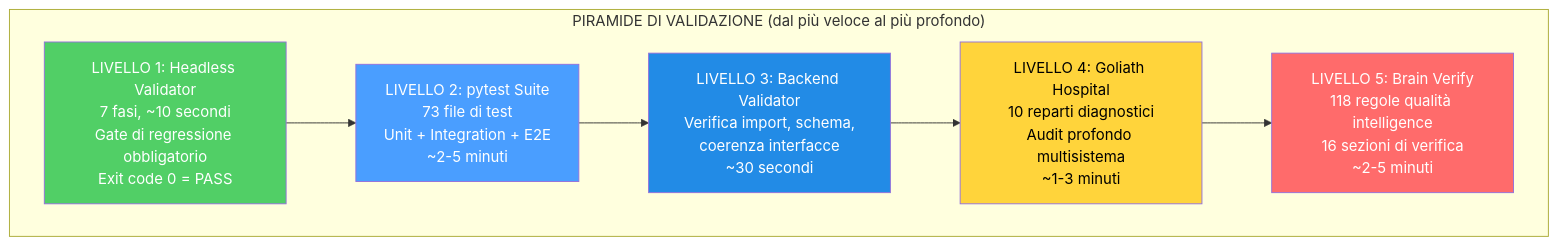
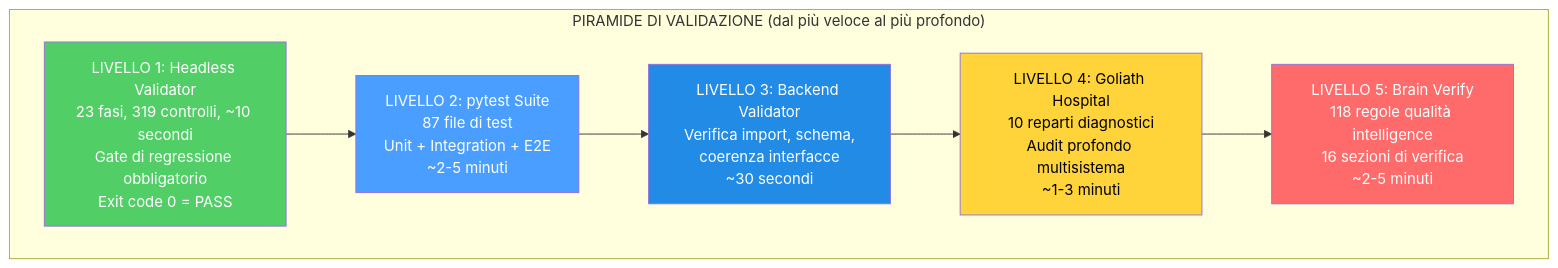
Before and after one commit to renanaugustomacena-ux/Counter-Strike-coach-AI: diagram 40 of 55 in docs/Book-Coach-3.md, drawn with Mermaid. The commit also changed other lines of this file and 115 other files, not shown here.

````diff
--- a/docs/Book-Coach-3.md
+++ b/docs/Book-Coach-3.md
@@ -2103,16 +2103,16 @@
 ```mermaid
 flowchart TB
     subgraph PYRAMID["PIRAMIDE DI VALIDAZIONE (dal più veloce al più profondo)"]
-        L1["LIVELLO 1: Headless Validator<br/>7 fasi, ~10 secondi<br/>Gate di regressione obbligatorio<br/>Exit code 0 = PASS"]
-        L2["LIVELLO 2: pytest Suite<br/>73 file di test<br/>Unit + Integration + E2E<br/>~2-5 minuti"]
+        L1["LIVELLO 1: Headless Validator<br/>23 fasi, 319 controlli, ~10 secondi<br/>Gate di regressione obbligatorio<br/>Exit code 0 = PASS"]
+        L2["LIVELLO 2: pytest Suite<br/>87 file di test<br/>Unit + Integration + E2E<br/>~2-5 minuti"]
         L3["LIVELLO 3: Backend Validator<br/>Verifica import, schema,<br/>coerenza interfacce<br/>~30 secondi"]
         L4["LIVELLO 4: Goliath Hospital<br/>10 reparti diagnostici<br/>Audit profondo multisistema<br/>~1-3 minuti"]
         L5["LIVELLO 5: Brain Verify<br/>118 regole qualità intelligence<br/>16 sezioni di verifica<br/>~2-5 minuti"]
     end
     L1 --> L2 --> L3 --> L4 --> L5
     style L1 fill:#51cf66,color:#fff
     style L2 fill:#4a9eff,color:#fff
     style L3 fill:#228be6,color:#fff
     style L4 fill:#ffd43b,color:#000
     style L5 fill:#ff6b6b,color:#fff
 ```
````
